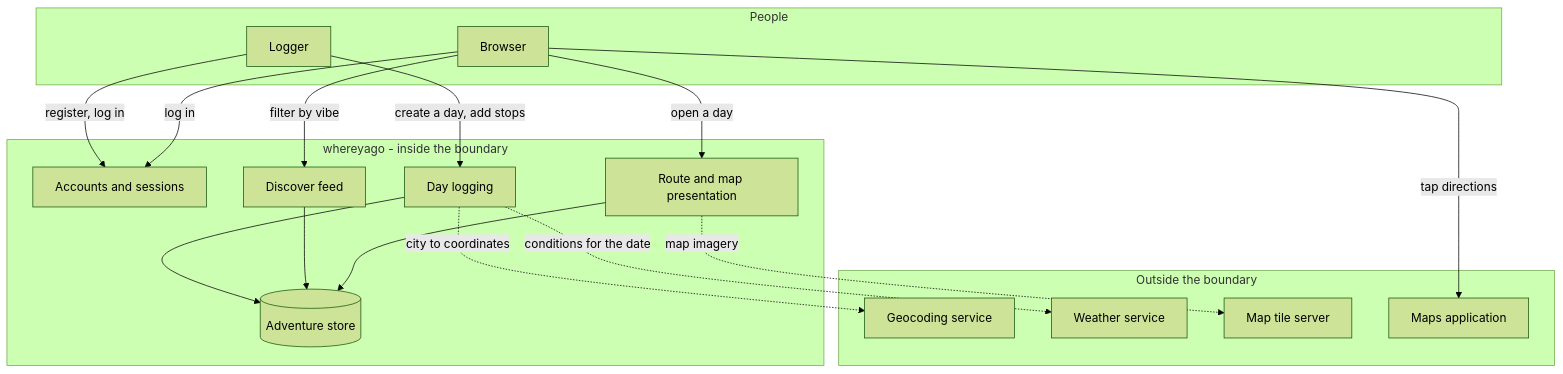
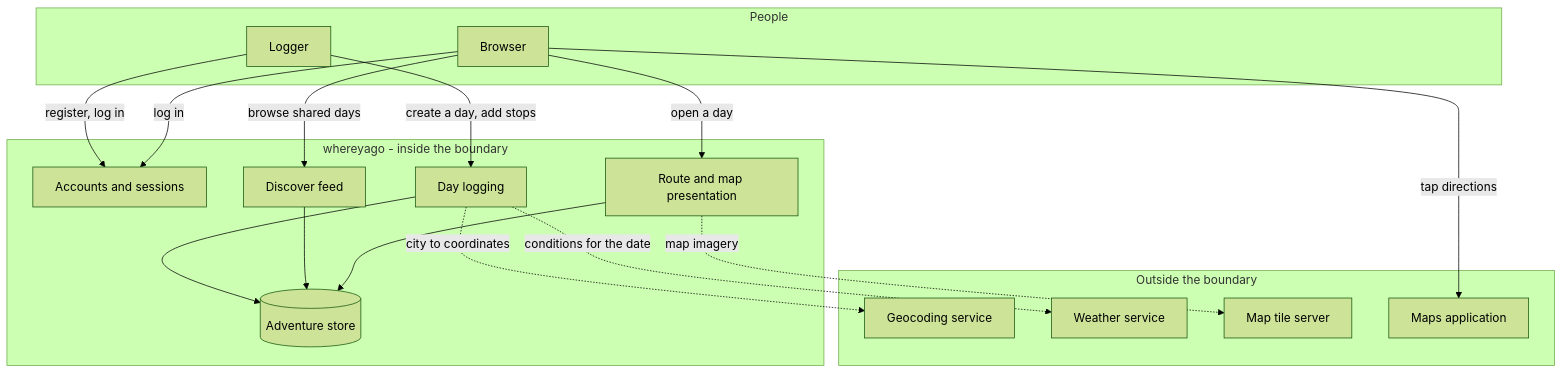
One commit to MoAbboud/PortFolio changed the diagram in whereyago/requirements/02-interaction.md. Above: the diagram before and after it, drawn with Mermaid (forest theme). The commit also changed other lines of this file and 18 other files, not shown here.

````diff
--- a/whereyago/requirements/02-interaction.md
+++ b/whereyago/requirements/02-interaction.md
@@ -20,37 +20,37 @@
 ```mermaid
 flowchart TB
     subgraph people[People]
         L[Logger]
         B[Browser]
     end
 
     subgraph sys[whereyago - inside the boundary]
         ACC[Accounts and sessions]
         LOG[Day logging]
         FEED[Discover feed]
         MAP[Route and map presentation]
         STORE[(Adventure store)]
     end
 
     subgraph ext[Outside the boundary]
         GEO[Geocoding service]
         WX[Weather service]
         TILES[Map tile server]
         MAPS[Maps application]
     end
 
     L -->|register, log in| ACC
     L -->|create a day, add stops| LOG
     B -->|log in| ACC
-    B -->|filter by vibe| FEED
+    B -->|browse shared days| FEED
     B -->|open a day| MAP
     B -->|tap directions| MAPS
 
     LOG --> STORE
     FEED --> STORE
     MAP --> STORE
 
     LOG -.->|city to coordinates| GEO
     LOG -.->|conditions for the date| WX
     MAP -.->|map imagery| TILES
 ```
````
